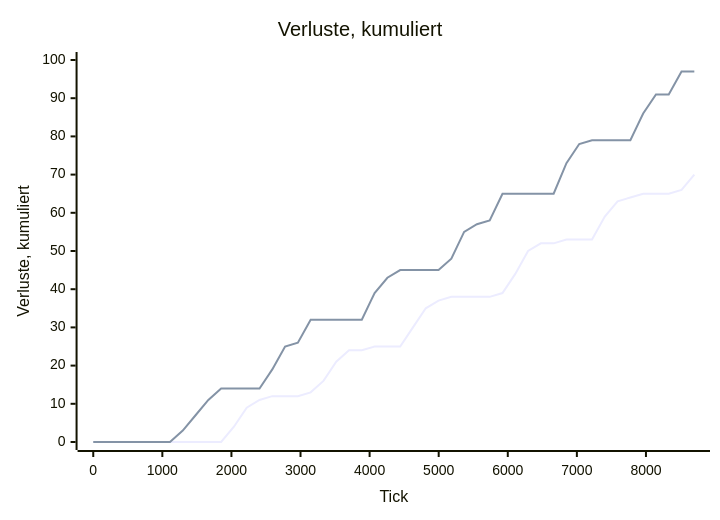
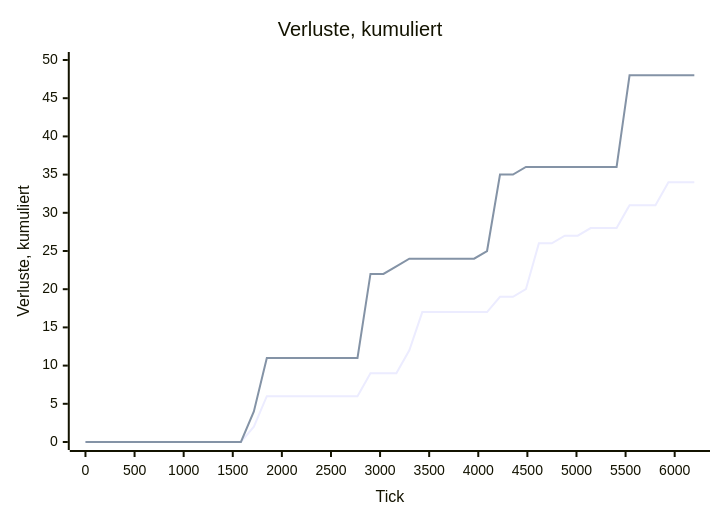
One commit to arn-c0de/Project_Nova changed the third of 4 diagrams in tools/Nova.AiLab/reports/latest.md. Above: the diagram before and after it, drawn with Mermaid. The commit also changed other lines of this file and 134 other files, not shown here.

````diff
--- a/tools/Nova.AiLab/reports/latest.md
+++ b/tools/Nova.AiLab/reports/latest.md
@@ -71,8 +71,8 @@
 ```mermaid
 xychart-beta
     title "Verluste, kumuliert"
-    x-axis "Tick" 0 --> 8700
-    y-axis "Verluste, kumuliert" 0 --> 100
-    line [0, 0, 0, 0, 0, 0, 0, 0, 0, 0, 0, 4, 9, 11, 12, 12, 12, 13, 16, 21, 24, 24, 25, 25, 25, 30, 35, 37, 38, 38, 38, 38, 39, 44, 50, 52, 52, 53, 53, 53, 59, 63, 64, 65, 65, 65, 66, 70]
-    line [0, 0, 0, 0, 0, 0, 0, 3, 7, 11, 14, 14, 14, 14, 19, 25, 26, 32, 32, 32, 32, 32, 39, 43, 45, 45, 45, 45, 48, 55, 57, 58, 65, 65, 65, 65, 65, 73, 78, 79, 79, 79, 79, 86, 91, 91, 97, 97]
+    x-axis "Tick" 0 --> 6200
+    y-axis "Verluste, kumuliert" 0 --> 50
+    line [0, 0, 0, 0, 0, 0, 0, 0, 0, 0, 0, 0, 0, 2, 6, 6, 6, 6, 6, 6, 6, 6, 9, 9, 9, 12, 17, 17, 17, 17, 17, 17, 19, 19, 20, 26, 26, 27, 27, 28, 28, 28, 31, 31, 31, 34, 34, 34]
+    line [0, 0, 0, 0, 0, 0, 0, 0, 0, 0, 0, 0, 0, 4, 11, 11, 11, 11, 11, 11, 11, 11, 22, 22, 23, 24, 24, 24, 24, 24, 24, 25, 35, 35, 36, 36, 36, 36, 36, 36, 36, 36, 48, 48, 48, 48, 48, 48]
 ```
````
